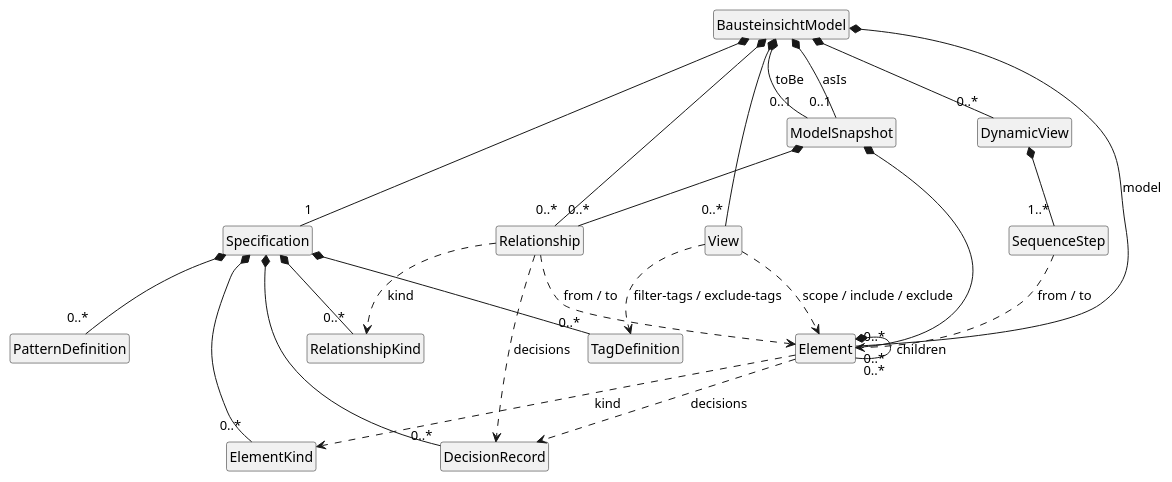
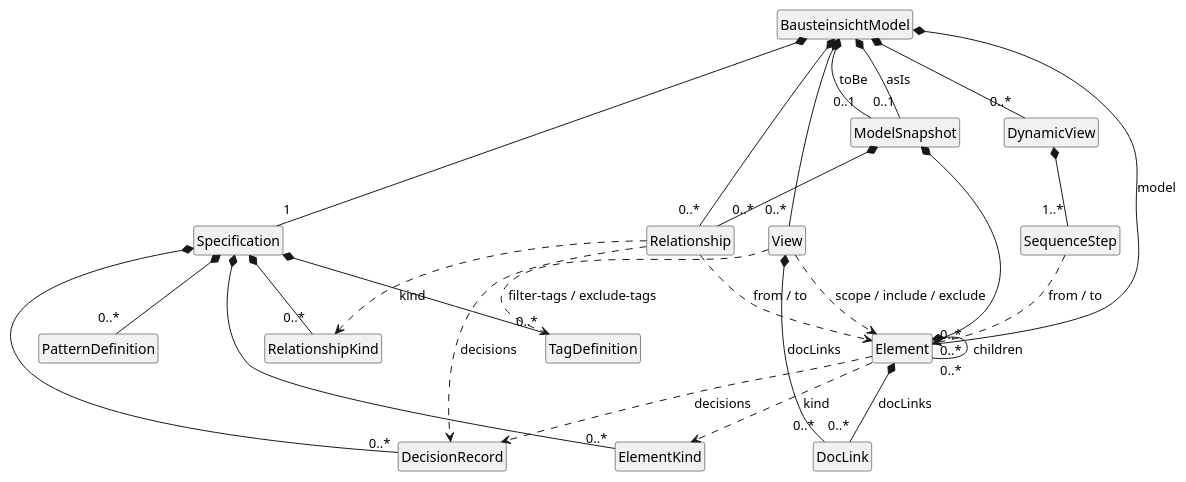
Before and after one commit to docToolchain/Bausteinsicht: the first of 2 diagrams in src/docs/spec/03_data_models.adoc, drawn with PlantUML. The commit also changed other lines of this file and 14 other files, not shown here.

```diff
--- a/src/docs/spec/03_data_models.adoc
+++ b/src/docs/spec/03_data_models.adoc
@@ -38,53 +38,56 @@
 [plantuml, model-entity-model, png]
 ....
 @startuml
 hide circle
 hide empty members
 skinparam classAttributeIconSize 0
 
 class BausteinsichtModel
 class Specification
 class ElementKind
 class RelationshipKind
 class TagDefinition
 class PatternDefinition
 class DecisionRecord
+class DocLink
 class Element
 class Relationship
 class View
 class DynamicView
 class SequenceStep
 class ModelSnapshot
 
 BausteinsichtModel *-- "1" Specification
 BausteinsichtModel *-- "0..*" Element : model
 BausteinsichtModel *-- "0..*" Relationship
 BausteinsichtModel *-- "0..*" View
 BausteinsichtModel *-- "0..*" DynamicView
 BausteinsichtModel *-- "0..1" ModelSnapshot : asIs
 BausteinsichtModel *-- "0..1" ModelSnapshot : toBe
 
 Specification *-- "0..*" ElementKind
 Specification *-- "0..*" RelationshipKind
 Specification *-- "0..*" TagDefinition
 Specification *-- "0..*" PatternDefinition
 Specification *-- "0..*" DecisionRecord
 
 Element *-- "0..*" Element : children
 Element ..> ElementKind : kind
 Element ..> DecisionRecord : decisions
+Element *-- "0..*" DocLink : docLinks
 
 Relationship ..> Element : from / to
 Relationship ..> RelationshipKind : kind
 Relationship ..> DecisionRecord : decisions
 
 View ..> Element : scope / include / exclude
 View ..> TagDefinition : filter-tags / exclude-tags
+View *-- "0..*" DocLink : docLinks
 
 DynamicView *-- "1..*" SequenceStep
 SequenceStep ..> Element : from / to
 
 ModelSnapshot *-- "0..*" Element
 ModelSnapshot *-- "0..*" Relationship
 @enduml
 ....
```
